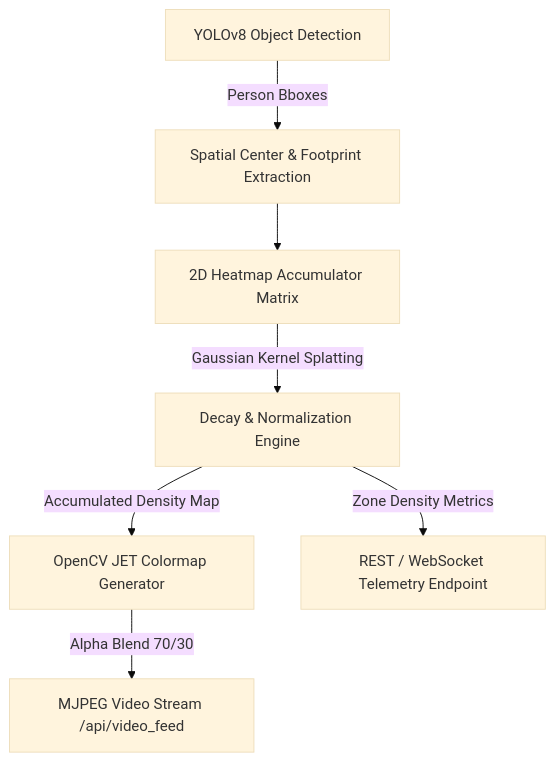
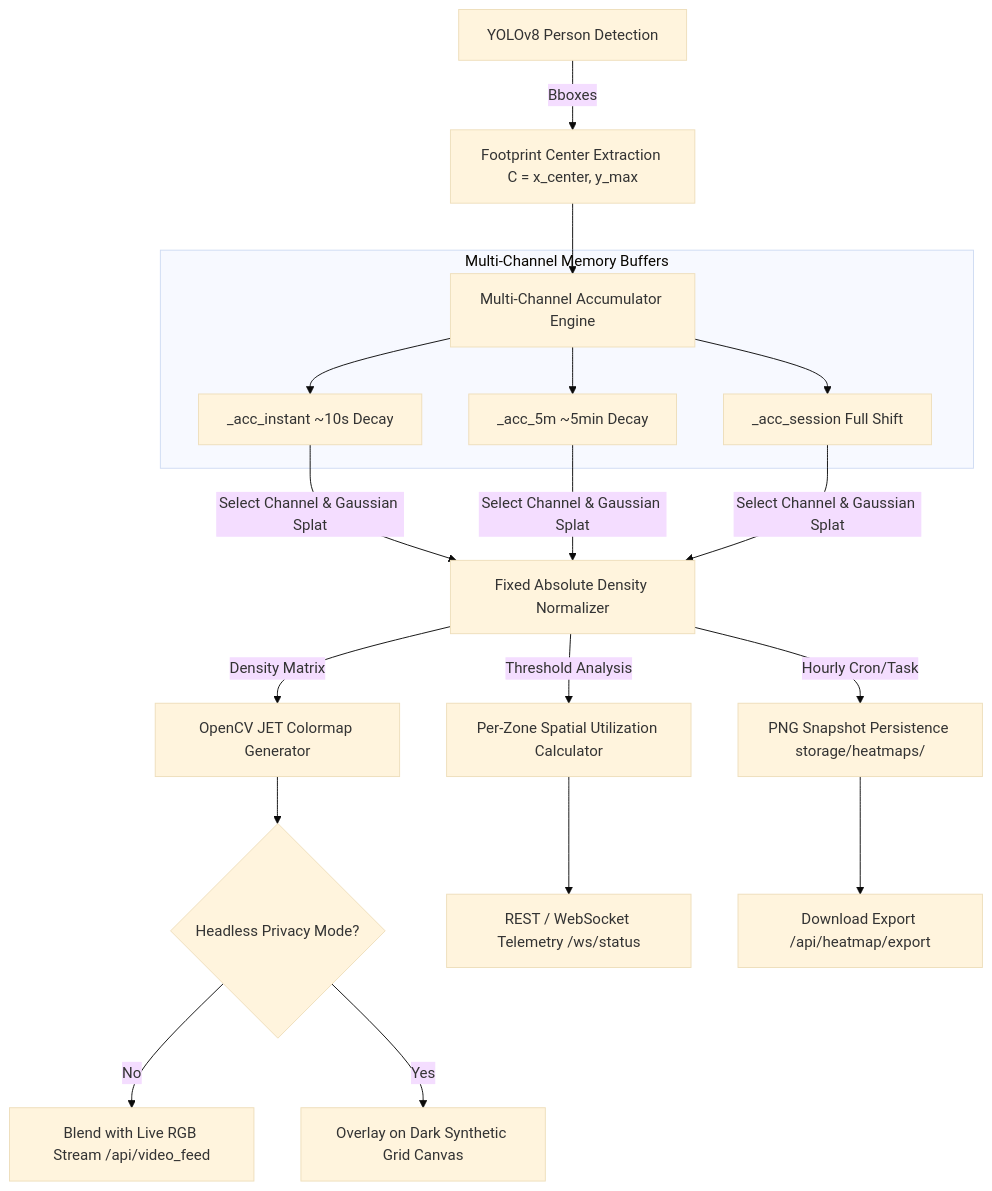
The diagram in docs/feature_plan_cumulative_heatmap.md (MinnThikeTunn/Vision-based-Smart-Energy-saving-system), drawn with Mermaid (base theme) before and after one commit. The commit also changed other lines of this file and 5 other files, not shown here.

Commit message:
feat(heatmap): implement multi-channel cumulative spatial occupancy heatmap engine with headless grid and export capabilities

````diff
--- a/docs/feature_plan_cumulative_heatmap.md
+++ b/docs/feature_plan_cumulative_heatmap.md
@@ -27,9 +28,24 @@
 ```mermaid
 flowchart TD
-    A[YOLOv8 Object Detection] -->|Person Bboxes| B[Spatial Center & Footprint Extraction]
-    B --> C[2D Heatmap Accumulator Matrix]
-    C -->|Gaussian Kernel Splatting| D[Decay & Normalization Engine]
-    D -->|Accumulated Density Map| E[OpenCV JET Colormap Generator]
-    E -->|Alpha Blend 70/30| F[MJPEG Video Stream /api/video_feed]
-    D -->|Zone Density Metrics| G[REST / WebSocket Telemetry Endpoint]
+    A[YOLOv8 Person Detection] -->|Bboxes| B[Footprint Center Extraction C = x_center, y_max]
+    B --> C[Multi-Channel Accumulator Engine]
+    
+    subgraph Multi-Channel Memory Buffers
+        C --> C1[_acc_instant ~10s Decay]
+        C --> C2[_acc_5m ~5min Decay]
+        C --> C3[_acc_session Full Shift]
+    end
+    
+    C1 & C2 & C3 -->|Select Channel & Gaussian Splat| D[Fixed Absolute Density Normalizer]
+    D -->|Density Matrix| E[OpenCV JET Colormap Generator]
+    
+    E --> F{Headless Privacy Mode?}
+    F -->|No| G1[Blend with Live RGB Stream /api/video_feed]
+    F -->|Yes| G2[Overlay on Dark Synthetic Grid Canvas]
+    
+    D -->|Threshold Analysis| H[Per-Zone Spatial Utilization Calculator]
+    H --> I[REST / WebSocket Telemetry /ws/status]
+    
+    D -->|Hourly Cron/Task| J[PNG Snapshot Persistence storage/heatmaps/]
+    J --> K[Download Export /api/heatmap/export]
 ```
````
